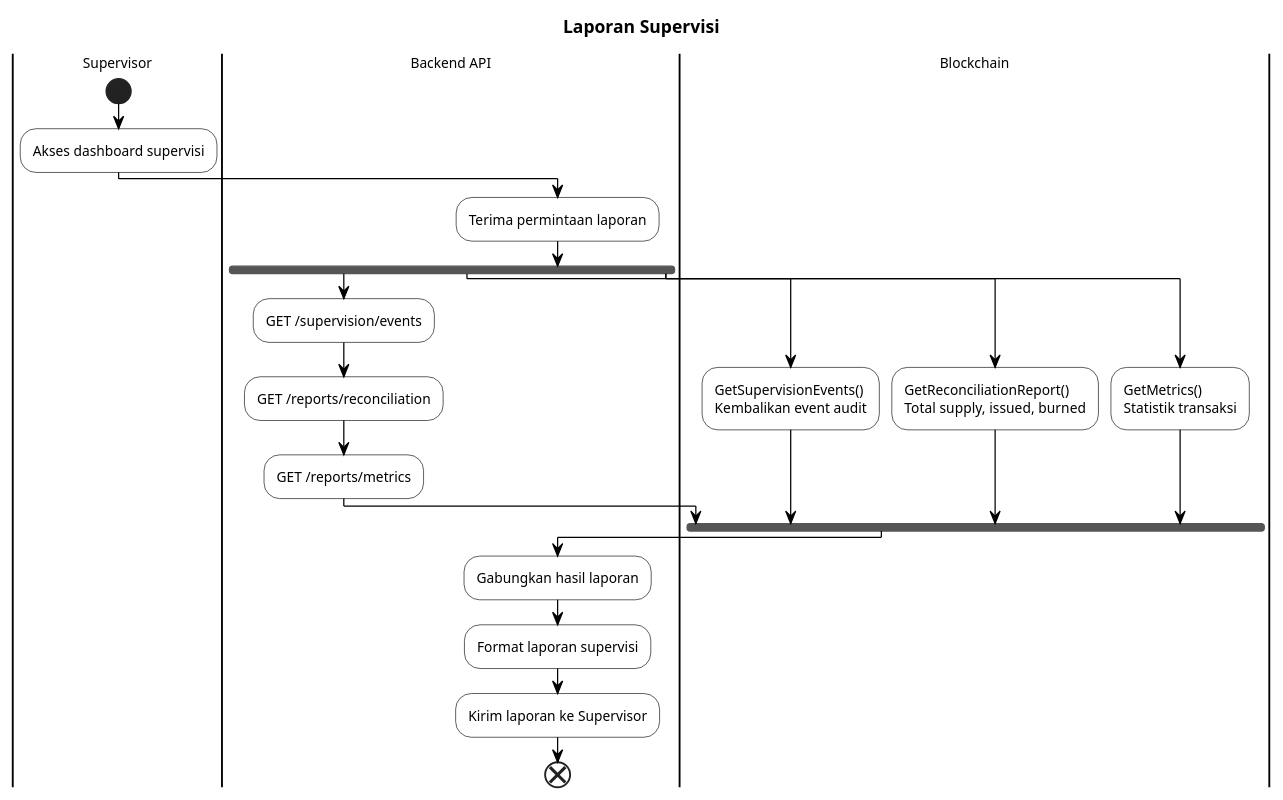
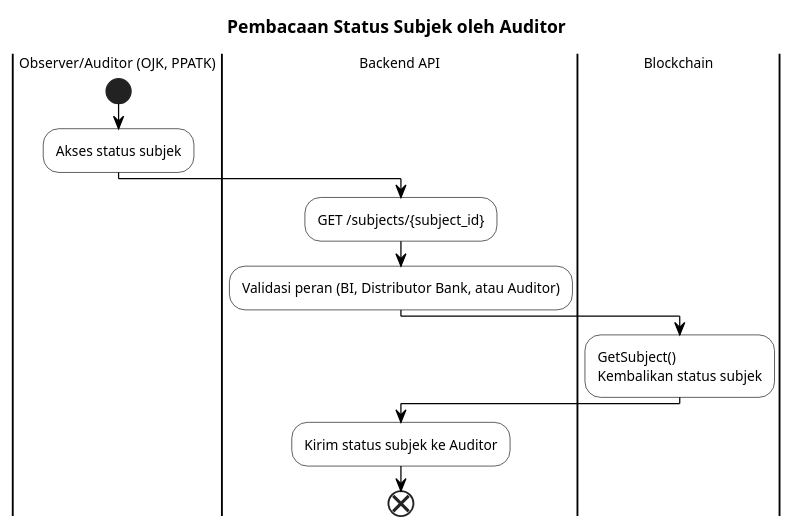
Before and after one commit to mfachrizalg/bi-coin: the seventh of 7 diagrams in bi-coin-fabric/docs/diagrams/plantuml/activity-diagrams.puml, drawn with PlantUML. The commit also changed other lines of this file and 364 other files, not shown here.

```diff
--- a/bi-coin-fabric/docs/diagrams/plantuml/activity-diagrams.puml
+++ b/bi-coin-fabric/docs/diagrams/plantuml/activity-diagrams.puml
@@ -310,48 +362,33 @@
 @startuml AD10-Laporan-Supervisi
 skinparam monochrome true
 skinparam defaultFontSize 11
 skinparam activityFontSize 11
 skinparam activityBackgroundColor white
 skinparam activityBorderColor black
 skinparam activityDiamondBackgroundColor white
 skinparam activityDiamondBorderColor black
 skinparam arrowColor black
 skinparam noteBackgroundColor white
 skinparam noteBorderColor black
 skinparam swimlaneBorderColor black
 skinparam partitionBorderColor black
 
-title Laporan Supervisi
+title Pembacaan Status Subjek oleh Auditor
 
-|Supervisor|
+|Observer/Auditor (OJK, PPATK)|
 start
-:Akses dashboard supervisi;
+:Akses status subjek;
 
 |Backend API|
-:Terima permintaan laporan;
+:GET /subjects/{subject_id};
+:Validasi peran (BI, Distributor Bank, atau Auditor);
 
-fork
-  :GET /supervision/events;
-  :GET /reports/reconciliation;
-  :GET /reports/metrics;
-fork again
-  |Blockchain|
-  :GetSupervisionEvents()
-  Kembalikan event audit;
-fork again
-  |Blockchain|
-  :GetReconciliationReport()
-  Total supply, issued, burned;
-fork again
-  |Blockchain|
-  :GetMetrics()
-  Statistik transaksi;
-end fork
+|Blockchain|
+:GetSubject()
+Kembalikan status subjek;
 
 |Backend API|
-:Gabungkan hasil laporan;
-:Format laporan supervisi;
-:Kirim laporan ke Supervisor;
+:Kirim status subjek ke Auditor;
 end
 
 @enduml
```
